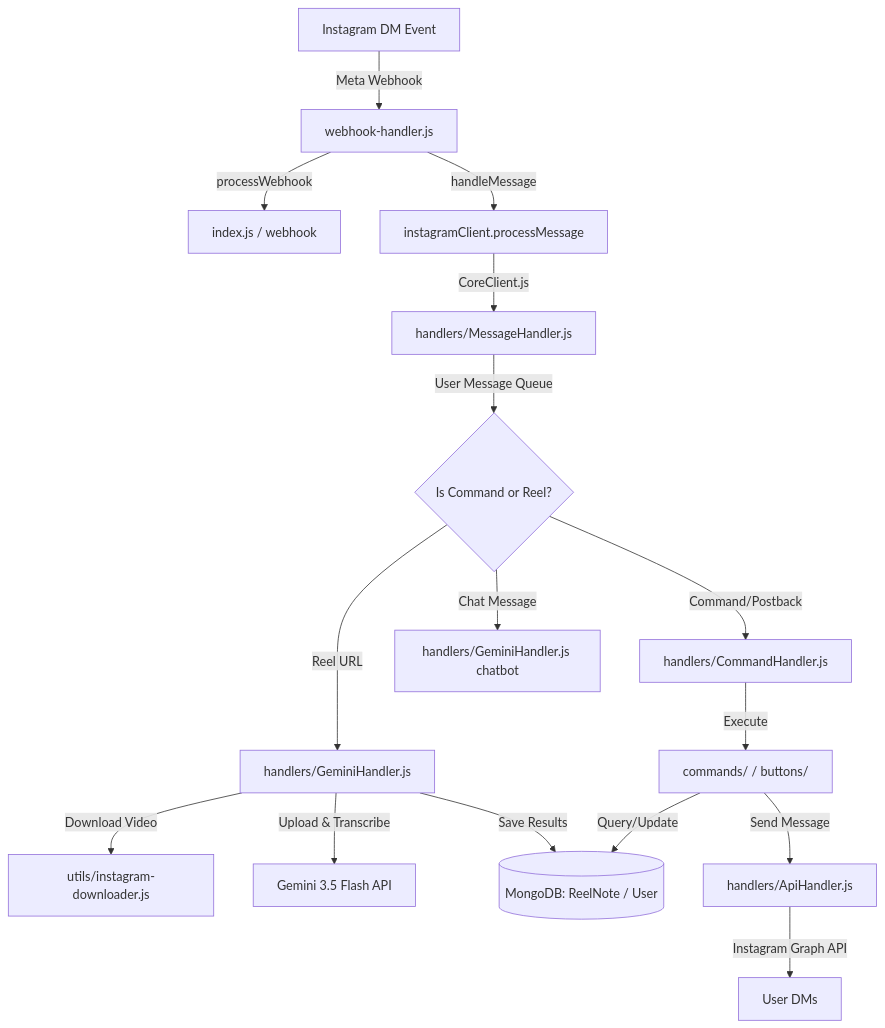
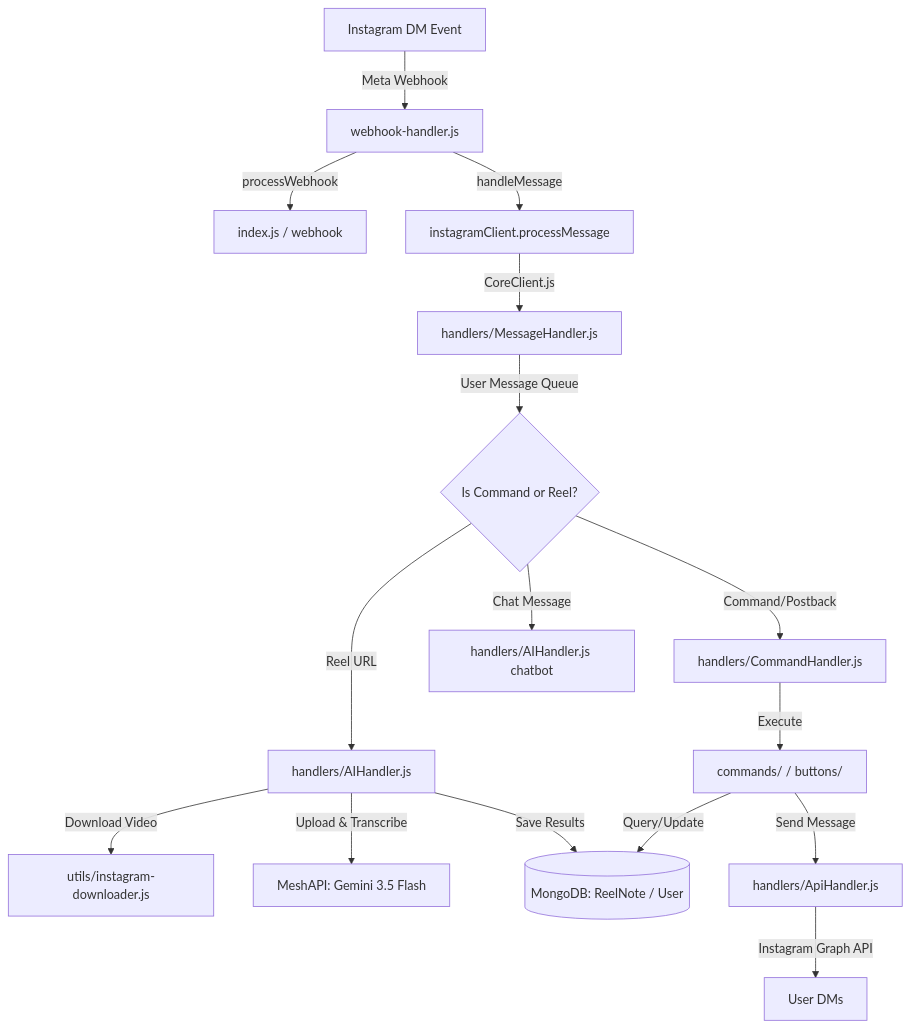
One commit to Drix10/instagram-ai changed the diagram in README.md. Above: the diagram before and after it, drawn with Mermaid. The commit also changed 3 other files, not shown here.

Commit message:
Mesh API

````diff
--- a/README.md
+++ b/README.md
@@ -43,18 +43,18 @@
 ```mermaid
 graph TD
     A[Instagram DM Event] -->|Meta Webhook| B[webhook-handler.js]
     B -->|processWebhook| C[index.js / webhook]
     B -->|handleMessage| D[instagramClient.processMessage]
     D -->|CoreClient.js| E[handlers/MessageHandler.js]
     E -->|User Message Queue| F{Is Command or Reel?}
-    F -->|Reel URL| G[handlers/GeminiHandler.js]
+    F -->|Reel URL| G[handlers/AIHandler.js]
     F -->|Command/Postback| H[handlers/CommandHandler.js]
-    F -->|Chat Message| I[handlers/GeminiHandler.js chatbot]
+    F -->|Chat Message| I[handlers/AIHandler.js chatbot]
     G -->|Download Video| J[utils/instagram-downloader.js]
-    G -->|Upload & Transcribe| K[Gemini 3.5 Flash API]
+    G -->|Upload & Transcribe| K[MeshAPI: Gemini 3.5 Flash]
     G -->|Save Results| L[(MongoDB: ReelNote / User)]
     H -->|Execute| M[commands/ / buttons/]
     M -->|Query/Update| L
     M -->|Send Message| N[handlers/ApiHandler.js]
     N -->|Instagram Graph API| O[User DMs]
 ```
````
